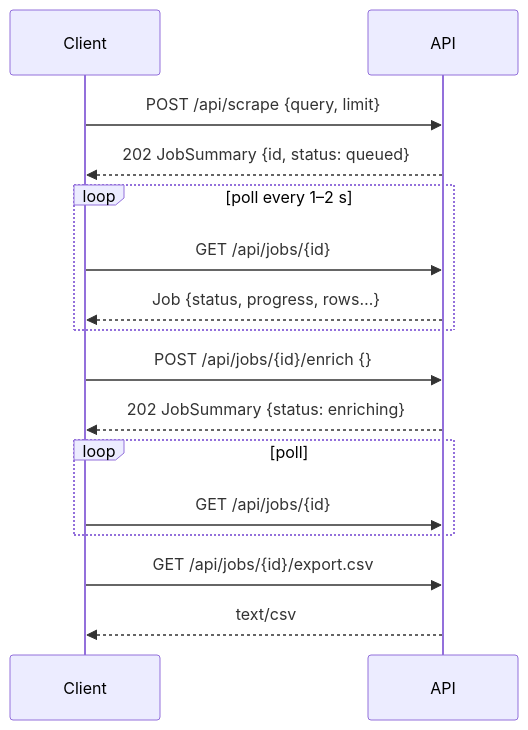
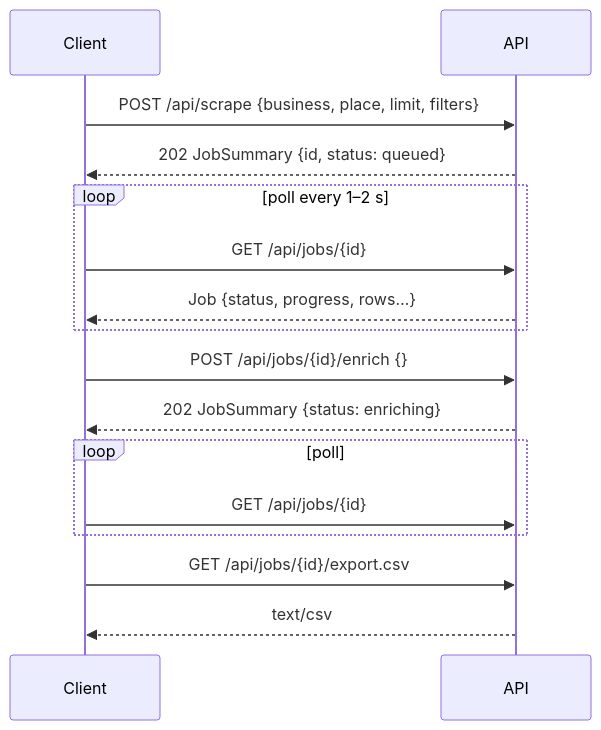
One commit to wandringspirit/leadspilot-engine changed the diagram in docs/API.md. Above: the diagram before and after it, drawn with Mermaid. The commit also changed other lines of this file and 31 other files, not shown here.

First line of the commit message:
Search by business + place with website / contact filters (v1.2.0)

````diff
--- a/docs/API.md
+++ b/docs/API.md
@@ -26,18 +26,18 @@
 ```mermaid
 sequenceDiagram
     participant C as Client
     participant A as API
-    C->>A: POST /api/scrape {query, limit}
+    C->>A: POST /api/scrape {business, place, limit, filters}
     A-->>C: 202 JobSummary {id, status: queued}
     loop poll every 1–2 s
         C->>A: GET /api/jobs/{id}
         A-->>C: Job {status, progress, rows…}
     end
     C->>A: POST /api/jobs/{id}/enrich {}
     A-->>C: 202 JobSummary {status: enriching}
     loop poll
         C->>A: GET /api/jobs/{id}
     end
     C->>A: GET /api/jobs/{id}/export.csv
     A-->>C: text/csv
 ```
````
